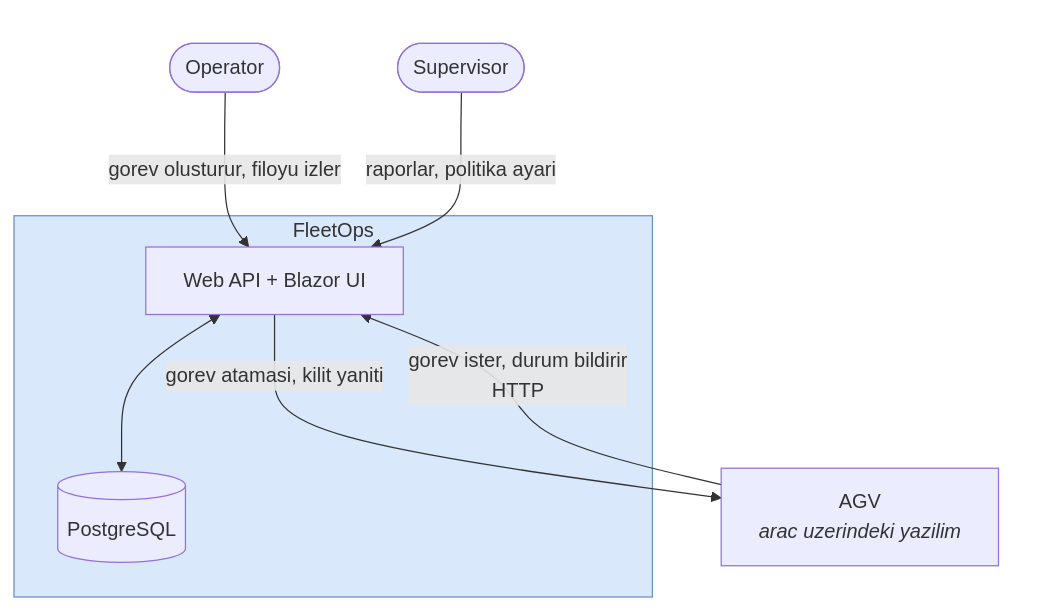
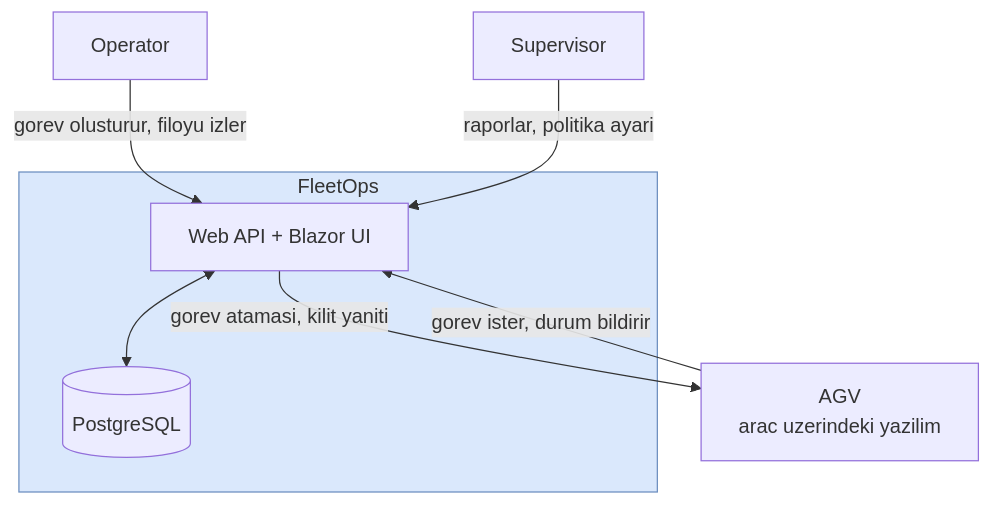
The third of 3 diagrams in docs/01-business-analysis.md (SenaKocaslan/fleetops), drawn with Mermaid before and after one commit. The commit also changed other lines of this file and 1 other file, not shown here.

Commit message:
Diyagramlari GitHub render motoruna gore sadelestir
Ic ice subgraph ve direction kullanimi kaldirildi; GitHub'in Mermaid
kurulumunda bu yapi render'i takabiliyor. Etiketlerdeki <b> ve <i>
HTML etiketleri de temizlendi: GitHub securityLevel strict ile calisiyor
ve etiket icindeki HTML guvenilir sekilde islenmiyor.

Diyagramlarin tamami securityLevel strict + htmlLabels false ayariyla
yeniden dogrulandi.

````diff
--- a/docs/01-business-analysis.md
+++ b/docs/01-business-analysis.md
@@ -56,26 +56,19 @@
 ```mermaid
 flowchart TB
-    subgraph d1[" "]
-        OP(["Operator"])
-        SV(["Supervisor"])
-    end
+    OP["Operator"]
+    SV["Supervisor"]
+    AGV["AGV<br/>arac uzerindeki yazilim"]
 
     subgraph sistem["FleetOps"]
         API["Web API + Blazor UI"]
         DB[("PostgreSQL")]
         API <--> DB
     end
 
-    subgraph d2[" "]
-        AGV["AGV<br/><i>arac uzerindeki yazilim</i>"]
-    end
-
     OP -->|"gorev olusturur, filoyu izler"| API
     SV -->|"raporlar, politika ayari"| API
-    AGV -->|"gorev ister, durum bildirir<br/>HTTP"| API
+    AGV -->|"gorev ister, durum bildirir"| API
     API -->|"gorev atamasi, kilit yaniti"| AGV
 
     style sistem fill:#dae8fc,stroke:#6c8ebf
-    style d1 fill:none,stroke:none
-    style d2 fill:none,stroke:none
 ```
````
